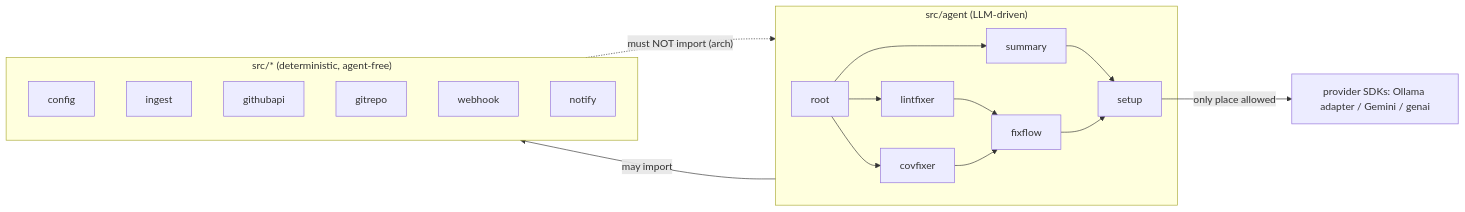
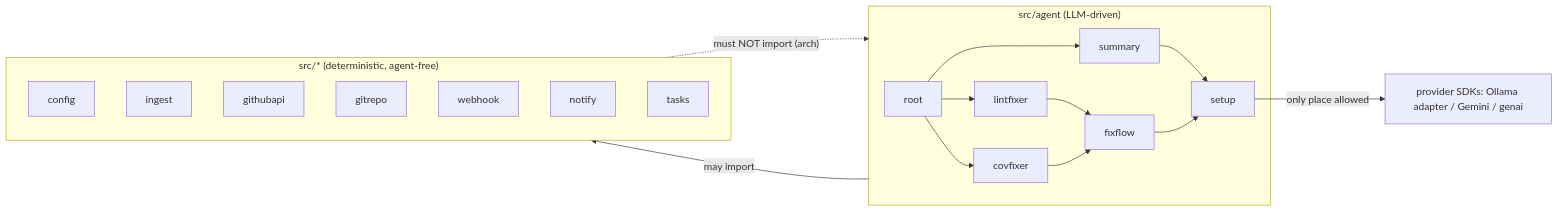
The diagram in javascript/src/AGENTS.md (jkjamies/automation-agent), drawn with Mermaid before and after one commit. The commit also changed other lines of this file and 20 other files, not shown here.

````diff
--- a/javascript/src/AGENTS.md
+++ b/javascript/src/AGENTS.md
@@ -11,23 +11,24 @@
 ```mermaid
 flowchart LR
     subgraph agents["src/agent (LLM-driven)"]
         root --> summary
         root --> lintfixer
         root --> covfixer
         lintfixer --> fixflow
         covfixer --> fixflow
         summary --> setup
         fixflow --> setup
     end
     subgraph tooling["src/* (deterministic, agent-free)"]
         config
         ingest
         githubapi
         gitrepo
         webhook
         notify
+        tasks
     end
     agents -->|"may import"| tooling
     tooling -.->|"must NOT import (arch)"| agents
     setup -->|"only place allowed"| providers["provider SDKs: Ollama adapter / Gemini / genai"]
 ```
````
